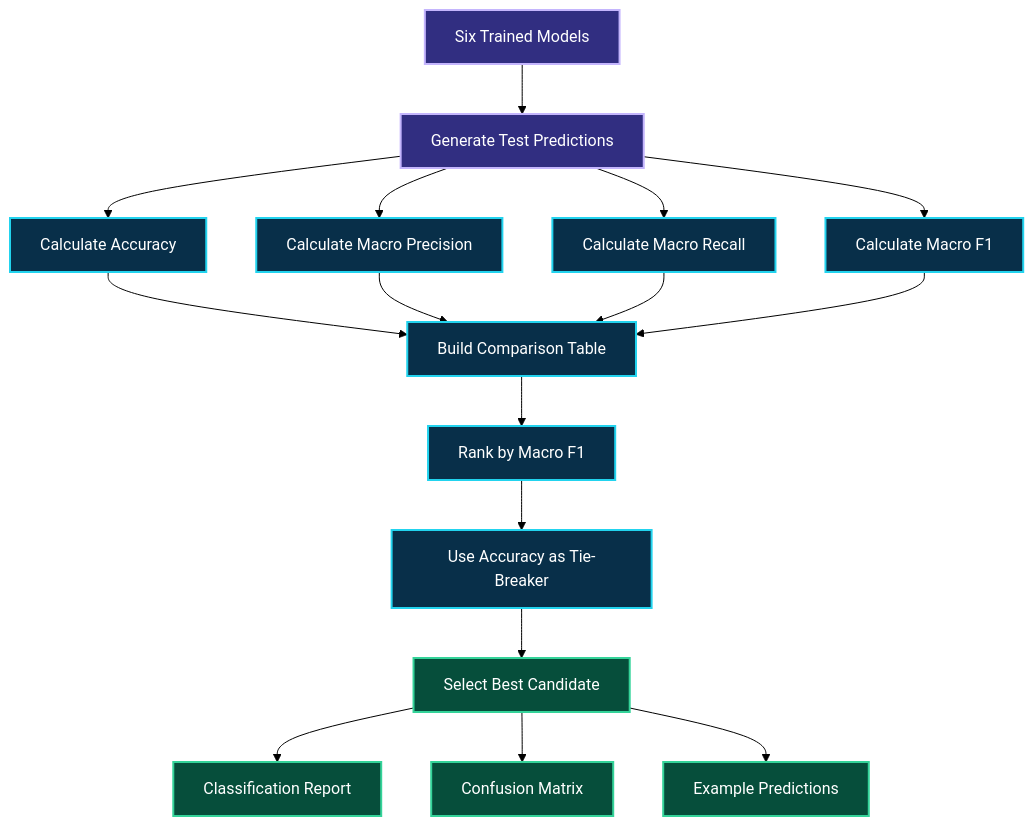
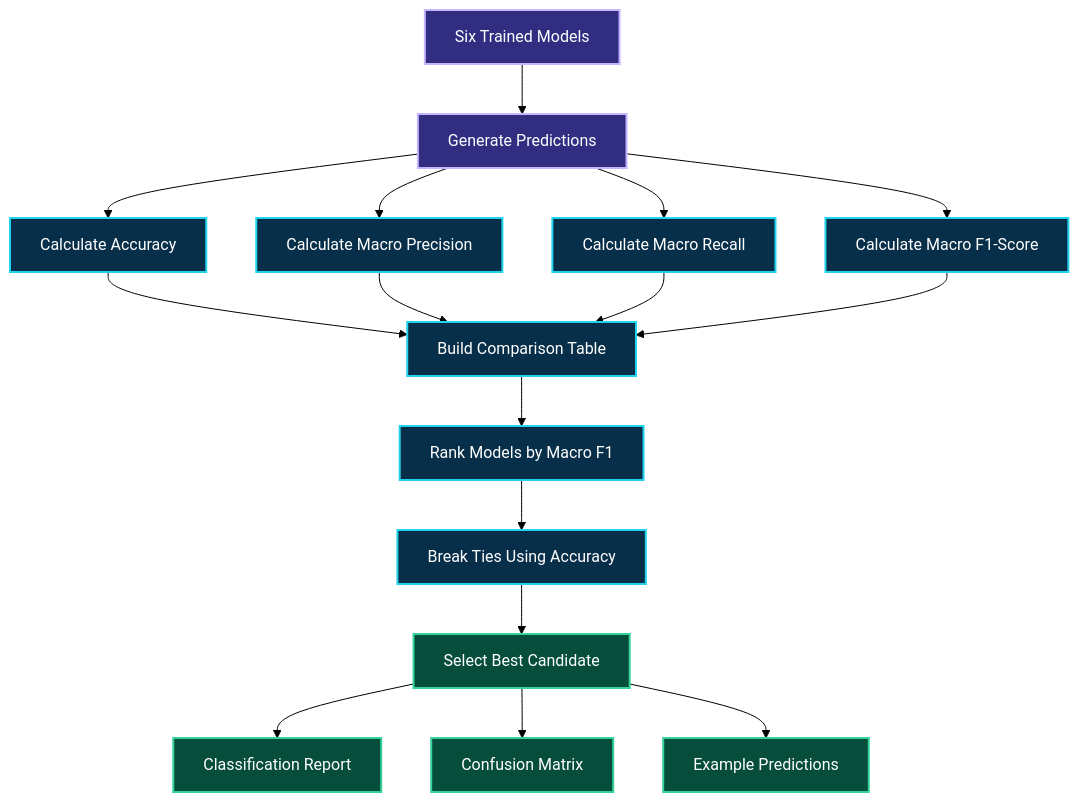
Before and after one commit to govardhan-goud123/Detecting_the_type_of_skin_disorder: the third of 4 diagrams in README.md, drawn with Mermaid (forest theme). The commit also changed other lines of this file, not shown here.

````diff
--- a/README.md
+++ b/README.md
@@ -620,32 +509,32 @@
 ```mermaid
 flowchart TD
 
-    A["Six Trained Models"] --> B["Generate Test Predictions"]
+    A["Six Trained Models"] --> B["Generate Predictions"]
 
     B --> C["Calculate Accuracy"]
     B --> D["Calculate Macro Precision"]
     B --> E["Calculate Macro Recall"]
-    B --> F["Calculate Macro F1"]
+    B --> F["Calculate Macro F1-Score"]
 
     C --> G["Build Comparison Table"]
     D --> G
     E --> G
     F --> G
 
-    G --> H["Rank by Macro F1"]
-    H --> I["Use Accuracy as Tie-Breaker"]
+    G --> H["Rank Models by Macro F1"]
+    H --> I["Break Ties Using Accuracy"]
 
     I --> J["Select Best Candidate"]
 
     J --> K["Classification Report"]
     J --> L["Confusion Matrix"]
     J --> M["Example Predictions"]
 
     classDef models fill:#312e81,stroke:#c4b5fd,color:#ffffff,stroke-width:2px;
-    classDef evaluation fill:#082f49,stroke:#22d3ee,color:#ffffff,stroke-width:2px;
-    classDef selected fill:#064e3b,stroke:#34d399,color:#ffffff,stroke-width:2px;
+    classDef metrics fill:#082f49,stroke:#22d3ee,color:#ffffff,stroke-width:2px;
+    classDef output fill:#064e3b,stroke:#34d399,color:#ffffff,stroke-width:2px;
 
     class A,B models;
-    class C,D,E,F,G,H,I evaluation;
-    class J,K,L,M selected;
+    class C,D,E,F,G,H,I metrics;
+    class J,K,L,M output;
 ```
````
